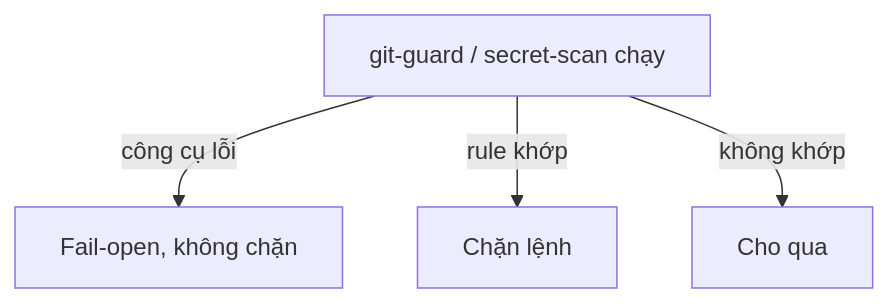
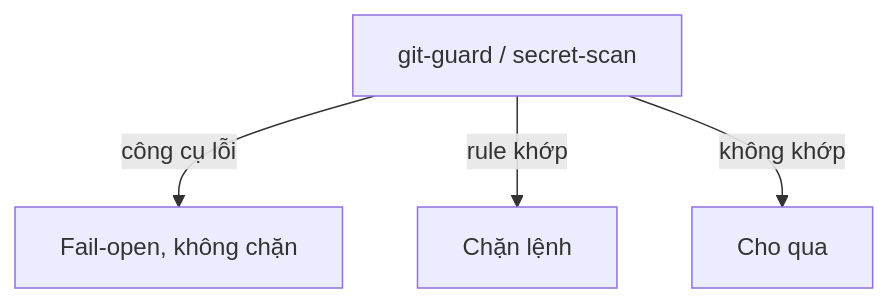
The second of 2 diagrams in website/concepts/gate-fail-open.md (ZenifyAIContactCenter/zenify-kit), drawn with Mermaid before and after one commit. The commit also changed 203 other files, not shown here.

````diff
--- a/website/concepts/gate-fail-open.md
+++ b/website/concepts/gate-fail-open.md
@@ -34,8 +34,8 @@
 ```mermaid
 flowchart TD
-  G["git-guard / secret-scan chạy"] -->|công cụ lỗi| H["Fail-open, không chặn"]
+  G["git-guard / secret-scan"] -->|công cụ lỗi| H["Fail-open, không chặn"]
   G -->|rule khớp| I["Chặn lệnh"]
   G -->|không khớp| J["Cho qua"]
   class G action
   class I stop
 ```
````
